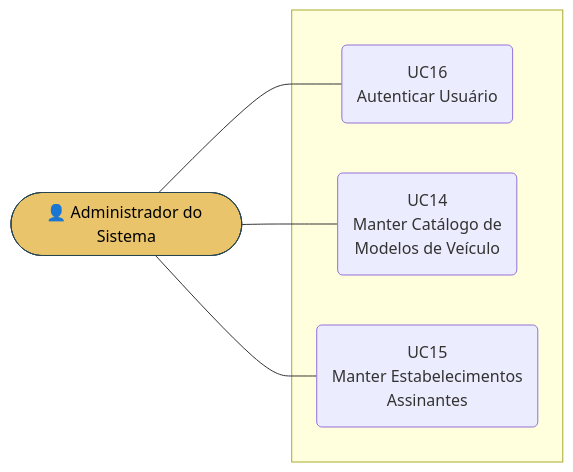
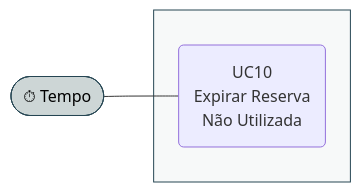
Before and after one commit to AndreMoreira00/CarregaJA: the fourth of 4 diagrams in 2.Analise e Design/CARREGAJA - Modelo de Caso de Uso.md, drawn with Mermaid. The commit also changed other lines of this file and 21 other files, not shown here.

````diff
--- a/2.Analise e Design/CARREGAJA - Modelo de Caso de Uso.md
+++ b/2.Analise e Design/CARREGAJA - Modelo de Caso de Uso.md
@@ -181,13 +184,11 @@
 ```mermaid
 flowchart LR
-    ADM(["👤 Administrador do Sistema"])
+    TMP(["⏱ Tempo"])
     subgraph SIS[" "]
-        UC16("UC16<br/>Autenticar Usuário")
-        UC14("UC14<br/>Manter Catálogo de<br/>Modelos de Veículo")
-        UC15("UC15<br/>Manter Estabelecimentos<br/>Assinantes")
+        UC10("UC10<br/>Expirar Reserva<br/>Não Utilizada")
     end
-    ADM --- UC16
-    ADM --- UC14
-    ADM --- UC15
-    style ADM fill:#e9c46a,stroke:#264653,color:#000
+    TMP --- UC10
+
+    style TMP fill:#cdd6d6,stroke:#264653,color:#000
+    style SIS fill:#f7f9f9,stroke:#264653
 ```
````
